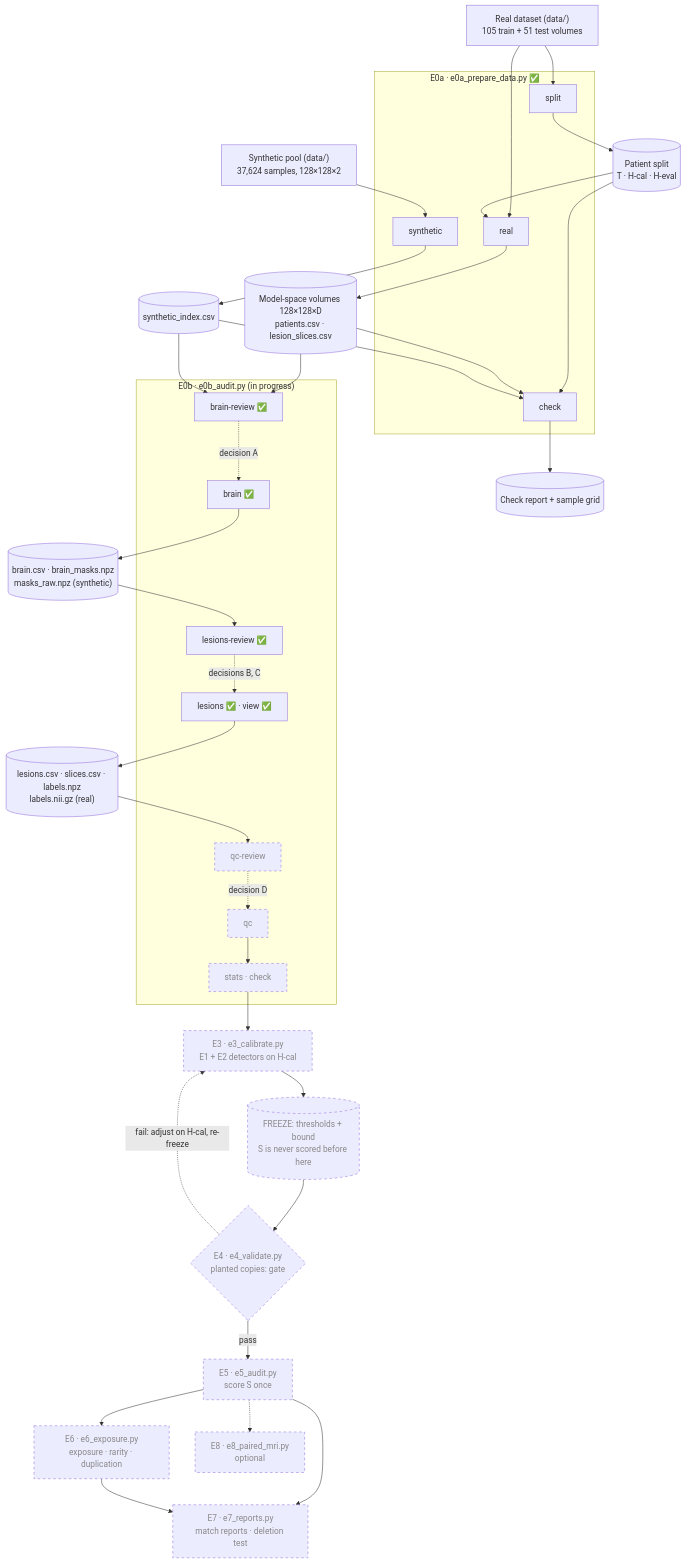
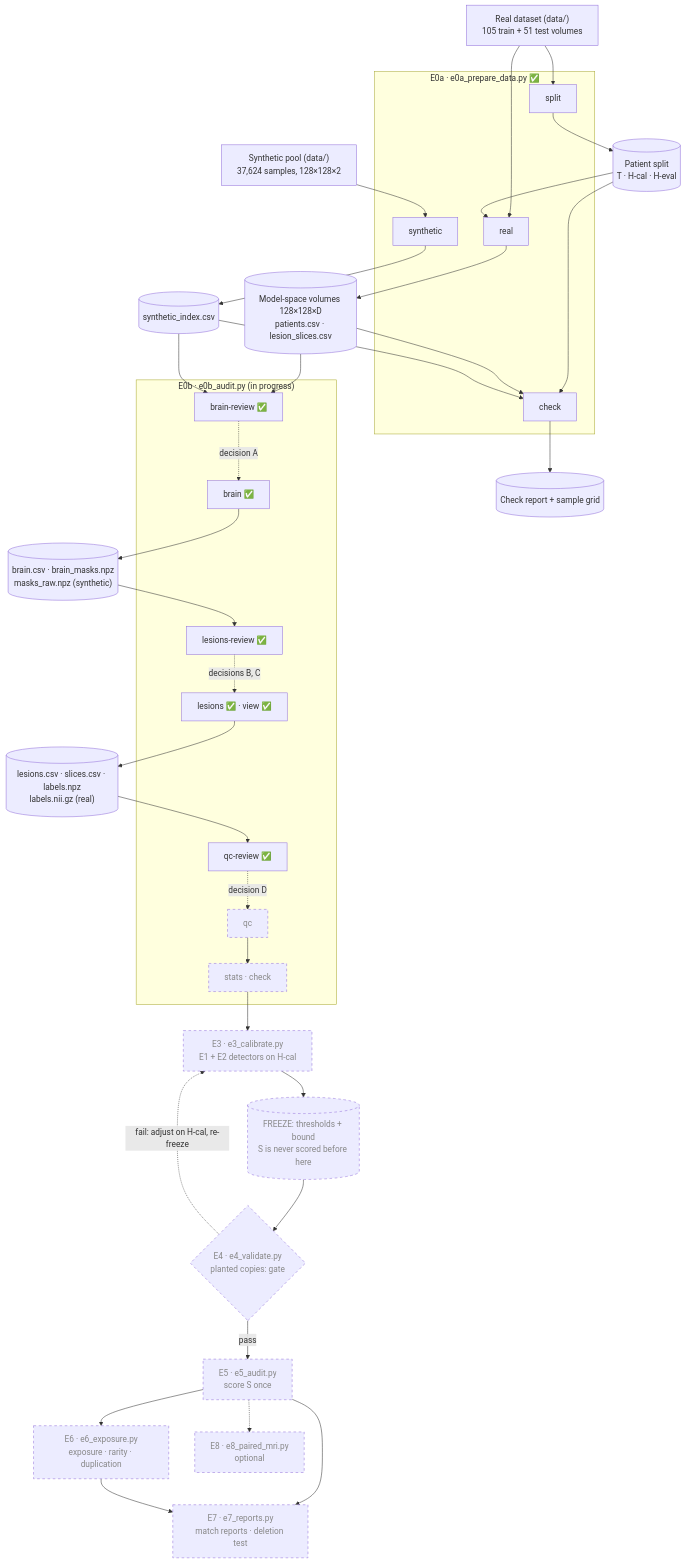
The first of 2 diagrams in docs/architecture.md (mattia3003/MT_project), drawn with Mermaid before and after one commit. The commit also changed other lines of this file and 12 other files, not shown here.

````diff
--- a/docs/architecture.md
+++ b/docs/architecture.md
@@ -24,59 +24,59 @@
 ```mermaid
 flowchart TD
     RAW["Real dataset (data/)<br/>105 train + 51 test volumes"]
     POOL["Synthetic pool (data/)<br/>37,624 samples, 128×128×2"]
 
     subgraph E0A["E0a · e0a_prepare_data.py ✅"]
         SPLIT["split"]
         REAL["real"]
         SYN["synthetic"]
         CHECK["check"]
     end
 
     SPLITCSV[("Patient split<br/>T · H-cal · H-eval")]
     VOLS[("Model-space volumes 128×128×D<br/>patients.csv · lesion_slices.csv")]
     INDEX[("synthetic_index.csv")]
     REPORT[("Check report + sample grid")]
 
     RAW --> SPLIT --> SPLITCSV
     RAW --> REAL
     SPLITCSV --> REAL --> VOLS
     POOL --> SYN --> INDEX
     SPLITCSV & VOLS & INDEX --> CHECK --> REPORT
 
     subgraph E0B["E0b · e0b_audit.py (in progress)"]
         BREV["brain-review ✅"]
         BRAIN["brain ✅"]
         LREV["lesions-review ✅"]
         LES["lesions ✅ · view ✅"]
-        QREV["qc-review"]:::planned
+        QREV["qc-review ✅"]
         QC["qc"]:::planned
         STATS["stats · check"]:::planned
     end
     BREV -.->|"decision A"| BRAIN
     BRAINOUT[("brain.csv · brain_masks.npz<br/>masks_raw.npz (synthetic)")]
     BRAIN --> BRAINOUT --> LREV
     LREV -.->|"decisions B, C"| LES
     LESOUT[("lesions.csv · slices.csv · labels.npz<br/>labels.nii.gz (real)")]
     LES --> LESOUT --> QREV
     QREV -.->|"decision D"| QC
     QC --> STATS
 
     E3["E3 · e3_calibrate.py<br/>E1 + E2 detectors on H-cal"]:::planned
     FROZEN[("FREEZE: thresholds + bound<br/>S is never scored before here")]:::planned
     E4{"E4 · e4_validate.py<br/>planted copies: gate"}:::planned
     E5["E5 · e5_audit.py<br/>score S once"]:::planned
     E6["E6 · e6_exposure.py<br/>exposure · rarity · duplication"]:::planned
     E7["E7 · e7_reports.py<br/>match reports · deletion test"]:::planned
     E8["E8 · e8_paired_mri.py<br/>optional"]:::planned
 
     VOLS & INDEX --> BREV
     STATS --> E3 --> FROZEN --> E4
     E4 -->|pass| E5
     E4 -.->|"fail: adjust on H-cal, re-freeze"| E3
     E5 --> E6 & E7
     E6 --> E7
     E5 -.-> E8
 
     classDef planned stroke-dasharray: 5 5,color:#888
 ```
````
